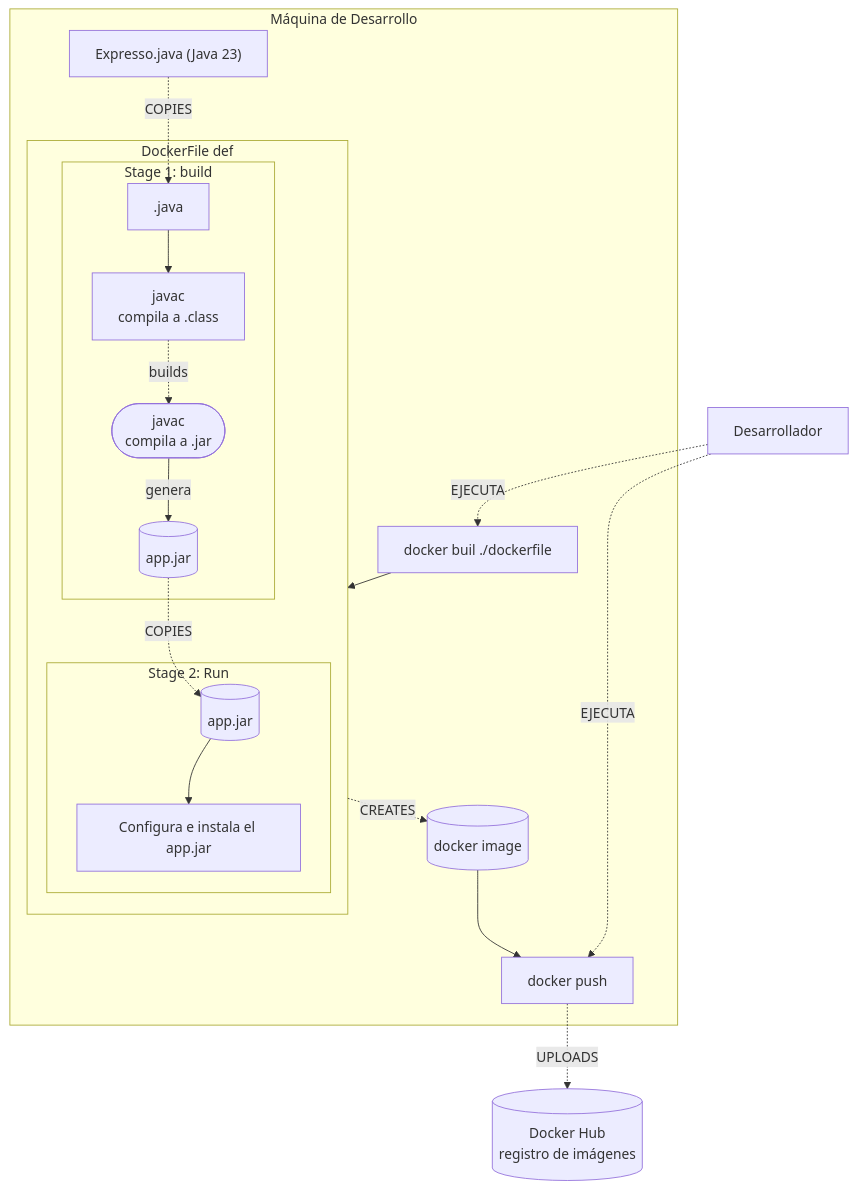
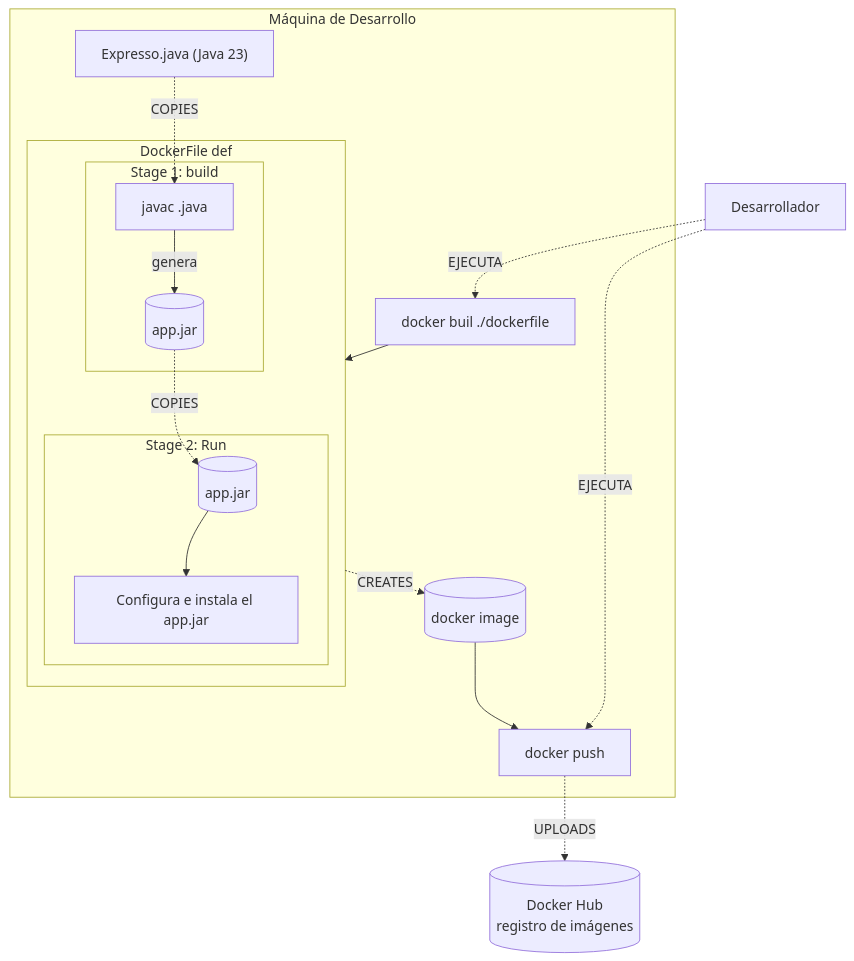
One commit to anthonyOviedo/Expresso changed the diagram in CICD.mmd. Above: the diagram before and after it, drawn with Mermaid.

```diff
--- a/CICD.mmd
+++ b/CICD.mmd
@@ -1,47 +1,41 @@
 flowchart TD
   %% =========================
   %% Sección: Build local
   %% =========================
       Desarrollador -. "EJECUTA" .-> DF
       Desarrollador -. "EJECUTA" .-> CM
       
 
   subgraph Dev["Máquina de Desarrollo"]
     A["Expresso.java (Java 23)"]
     DF["docker buil ./dockerfile "]
 
     A-.COPIES.->B3
 
     DF --> Docker
 
     subgraph Docker["DockerFile def"]
+      subgraph BuildStage["Stage 1: build"]
+        B3[" javac .java"]
+        JAR2[(app.jar)]
+      end
 
-
-    subgraph BuildStage["Stage 1: build"]
-      B3[".java"]
-      B3-->B1
-      B1["javac\ncompila a .class"]
-      B2(["javac\ncompila a .jar"])
-      B1 -. "builds" .-> B2
-      JAR2[(app.jar)]
-    end
-
-    subgraph RunStage2["Stage 2: Run"]
-      B2 -->|genera| JAR2[(app.jar)]
-      JAR[(app.jar)]
-      G["Configura e instala el app.jar"]
-    end
-    JAR-->G
+      subgraph RunStage2["Stage 2: Run"]
+        B3 -->|genera| JAR2[(app.jar)]
+        JAR[(app.jar)]
+        G["Configura e instala el app.jar"]
+      end
+      JAR-->G
     end
 
     JAR2-.COPIES.->JAR
 
    Docker-.CREATES.->IMG[(docker image)]
     IMG-->CM[docker push]
 
   %% Imagen de Docker y Push
   end
    CM-.UPLOADS.-> DHUB[("Docker Hub\nregistro de imágenes")]
 
 
   %% Notas/Relaciones
```
